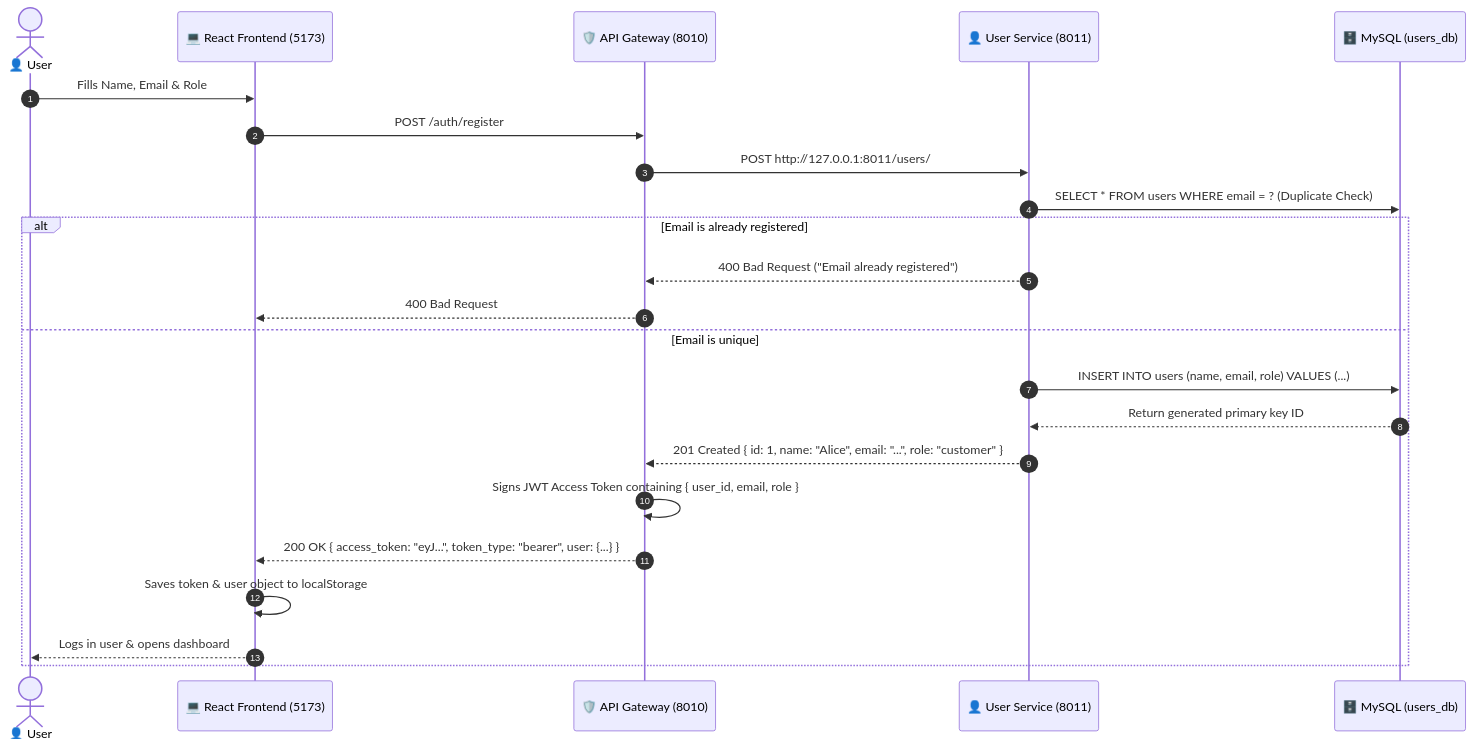
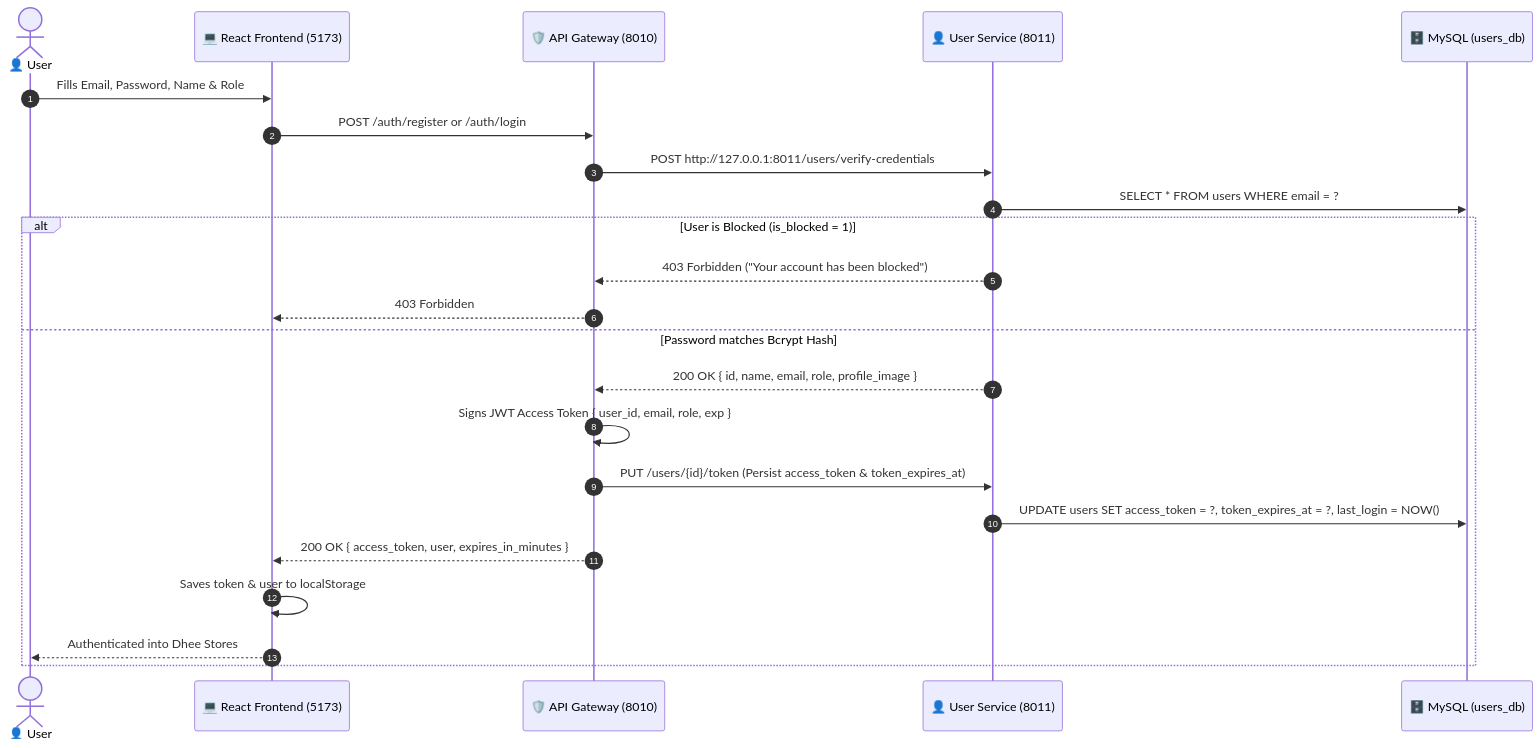
One commit to chandan-me/FastAPI-crud-project changed the second of 4 diagrams in docs/ARCHITECTURE.md. Above: the diagram before and after it, drawn with Mermaid. The commit also changed other lines of this file and 57 other files, not shown here.

````diff
--- a/docs/ARCHITECTURE.md
+++ b/docs/ARCHITECTURE.md
@@ -68,26 +122,26 @@
 ```mermaid
 sequenceDiagram
     autonumber
     actor User as 👤 User
     participant FE as 💻 React Frontend (5173)
     participant GW as 🛡️ API Gateway (8010)
     participant US as 👤 User Service (8011)
     participant DB as 🗄️ MySQL (users_db)
 
-    User->>FE: Fills Name, Email & Role
-    FE->>GW: POST /auth/register
-    GW->>US: POST http://127.0.0.1:8011/users/
-    US->>DB: SELECT * FROM users WHERE email = ? (Duplicate Check)
-    alt Email is already registered
-        US-->>GW: 400 Bad Request ("Email already registered")
-        GW-->>FE: 400 Bad Request
-    else Email is unique
-        US->>DB: INSERT INTO users (name, email, role) VALUES (...)
-        DB-->>US: Return generated primary key ID
-        US-->>GW: 201 Created { id: 1, name: "Alice", email: "...", role: "customer" }
-        GW->>GW: Signs JWT Access Token containing { user_id, email, role }
-        GW-->>FE: 200 OK { access_token: "eyJ...", token_type: "bearer", user: {...} }
-        FE->>FE: Saves token & user object to localStorage
-        FE-->>User: Logs in user & opens dashboard
+    User->>FE: Fills Email, Password, Name & Role
+    FE->>GW: POST /auth/register or /auth/login
+    GW->>US: POST http://127.0.0.1:8011/users/verify-credentials
+    US->>DB: SELECT * FROM users WHERE email = ?
+    alt User is Blocked (is_blocked = 1)
+        US-->>GW: 403 Forbidden ("Your account has been blocked")
+        GW-->>FE: 403 Forbidden
+    else Password matches Bcrypt Hash
+        US-->>GW: 200 OK { id, name, email, role, profile_image }
+        GW->>GW: Signs JWT Access Token { user_id, email, role, exp }
+        GW->>US: PUT /users/{id}/token (Persist access_token & token_expires_at)
+        US->>DB: UPDATE users SET access_token = ?, token_expires_at = ?, last_login = NOW()
+        GW-->>FE: 200 OK { access_token, user, expires_in_minutes }
+        FE->>FE: Saves token & user to localStorage
+        FE-->>User: Authenticated into Dhee Stores
     end
 ```
````
